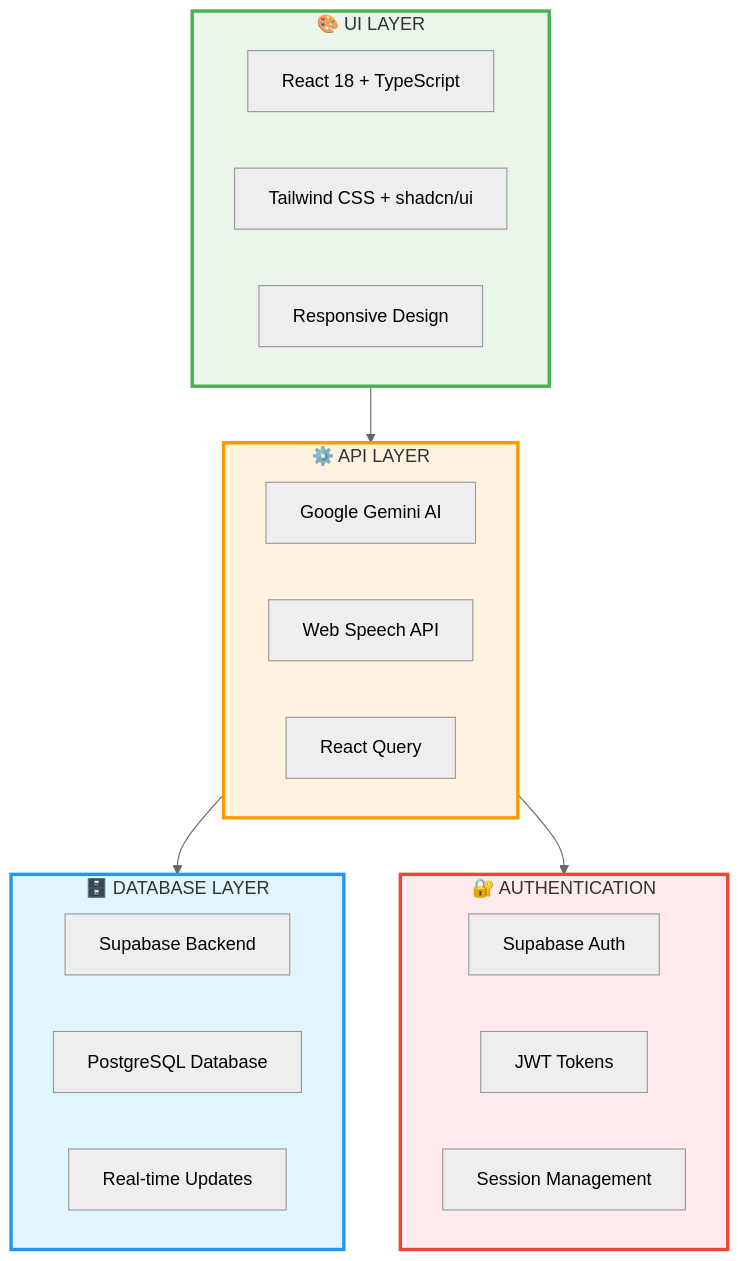
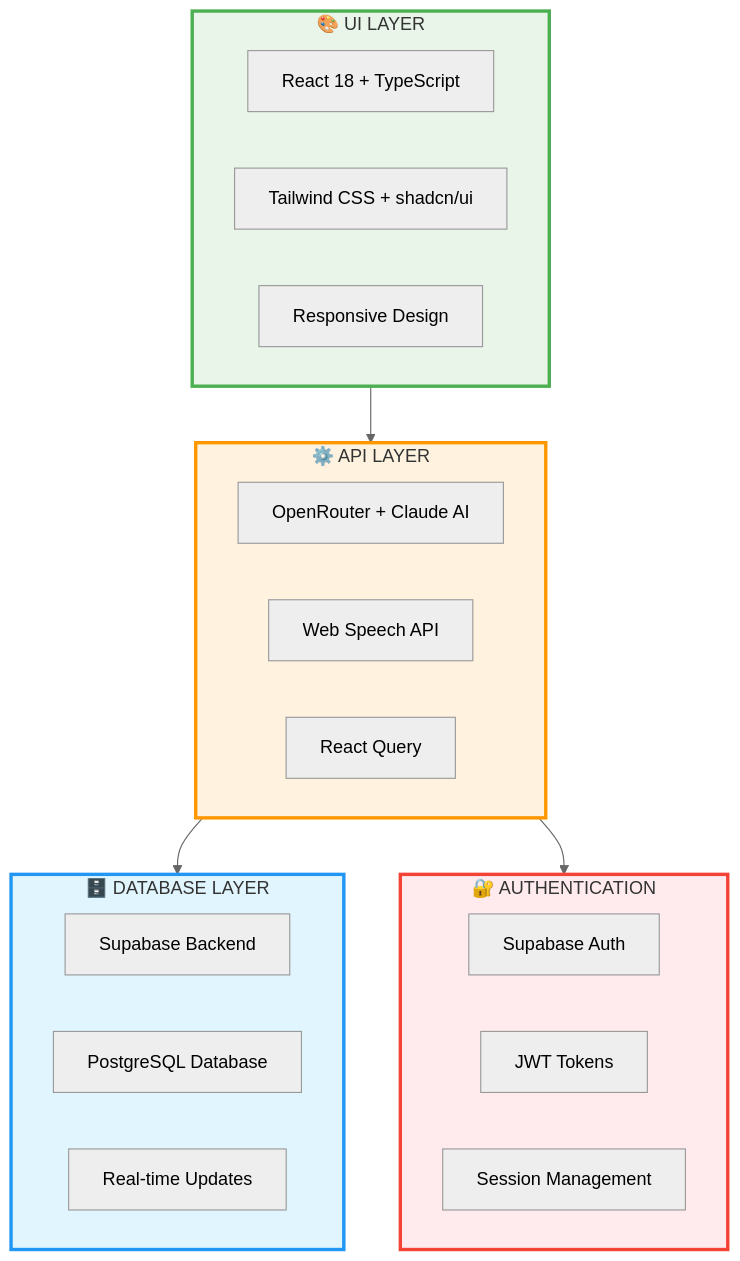
Before and after one commit to abhaysingh-22/CEP: the first of 4 diagrams in BlockDiagram.md, drawn with Mermaid (neutral theme). The commit also changed other lines of this file, not shown here.

Commit message:
Update AI service references from Google Gemini AI to OpenRouter + Claude AI

````diff
--- a/BlockDiagram.md
+++ b/BlockDiagram.md
@@ -8,35 +8,35 @@
 ```mermaid
 graph TB
     subgraph UI ["🎨 UI LAYER"]
         A1[React 18 + TypeScript]
         A2[Tailwind CSS + shadcn/ui]
         A3[Responsive Design]
     end
     
     subgraph API ["⚙️ API LAYER"]
-        B1[Google Gemini AI]
+        B1[OpenRouter + Claude AI]
         B2[Web Speech API]
         B3[React Query]
     end
     
     subgraph DB ["🗄️ DATABASE LAYER"]
         C1[Supabase Backend]
         C2[PostgreSQL Database]
         C3[Real-time Updates]
     end
     
     subgraph AUTH ["🔐 AUTHENTICATION"]
         D1[Supabase Auth]
         D2[JWT Tokens]
         D3[Session Management]
     end
     
     UI --> API
     API --> DB
     API --> AUTH
     
     style UI fill:#E8F5E8,stroke:#4CAF50,stroke-width:3px
     style API fill:#FFF3E0,stroke:#FF9800,stroke-width:3px
     style DB fill:#E1F5FE,stroke:#2196F3,stroke-width:3px
     style AUTH fill:#FFEBEE,stroke:#F44336,stroke-width:3px
 ```
````
